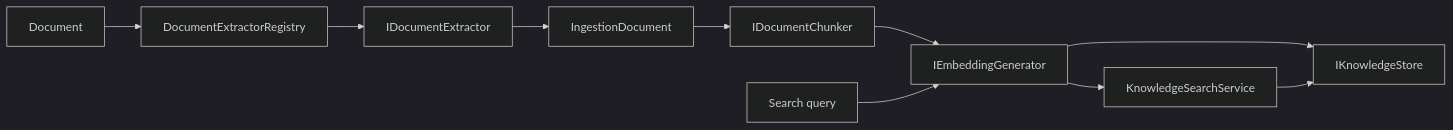
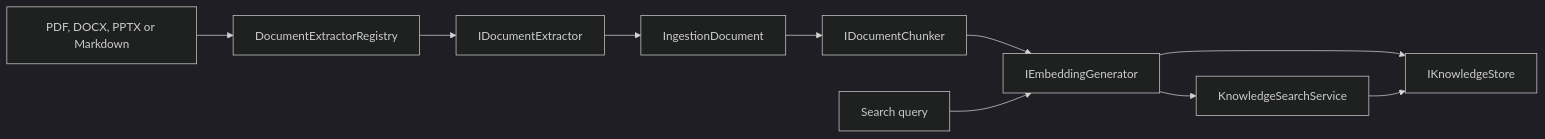
Before and after one commit to LautaroO/maf-playground: the diagram in src/MafPlayground.Retrieval/README.md, drawn with Mermaid (dark theme). The commit also changed other lines of this file and 11 other files, not shown here.

Commit message:
Add docx and pptx support

````diff
--- a/src/MafPlayground.Retrieval/README.md
+++ b/src/MafPlayground.Retrieval/README.md
@@ -9,12 +9,12 @@
 ```mermaid
 flowchart LR
-    File[Document] --> Registry[DocumentExtractorRegistry]
+    File[PDF, DOCX, PPTX or Markdown] --> Registry[DocumentExtractorRegistry]
     Registry --> Extractor[IDocumentExtractor]
     Extractor --> Document[IngestionDocument]
     Document --> Chunker[IDocumentChunker]
     Chunker --> Embeddings[IEmbeddingGenerator]
     Embeddings --> Store[IKnowledgeStore]
     Query[Search query] --> Embeddings
     Embeddings --> Search[KnowledgeSearchService]
     Search --> Store
 ```
````
